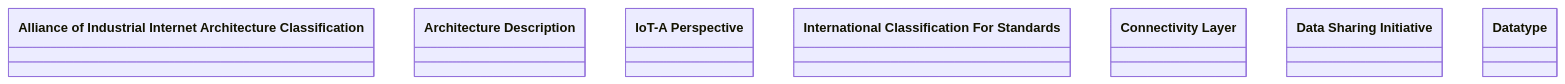
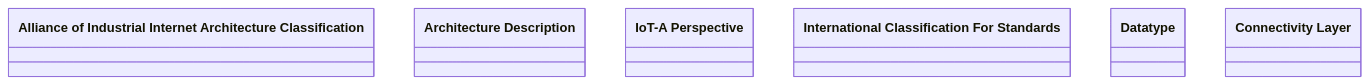
The diagram in output/ieswc_meta/i40.ttl-abstract-7-0-hard.md (oeg-upm/Devos), drawn with Mermaid before and after one commit. The commit also changed 131 other files, not shown here.

````diff
--- a/output/ieswc_meta/i40.ttl-abstract-7-0-hard.md
+++ b/output/ieswc_meta/i40.ttl-abstract-7-0-hard.md
@@ -1,35 +1,35 @@
 ```mermaid
 	classDiagram
 
     
     class `Alliance of Industrial Internet Architecture Classification` {
     
     }
 
     class `Architecture Description` {
     
     }
 
     class `IoT-A Perspective` {
     
     }
 
     class `International Classification For Standards` {
     
     }
 
+    class `Datatype` {
+    
+    }
+
     class `Connectivity Layer` {
     
     }
 
-    class `Data Sharing Initiative` {
-    
-    }
-
-    class `Datatype` {
+    class `Connectivity Layer` {
     
     }
 
 
 
 ```
````
